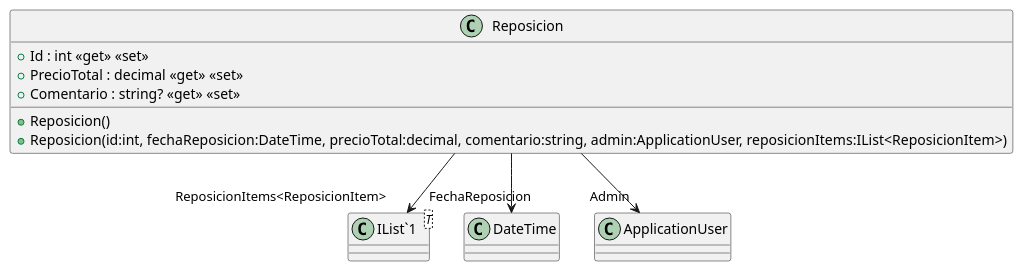
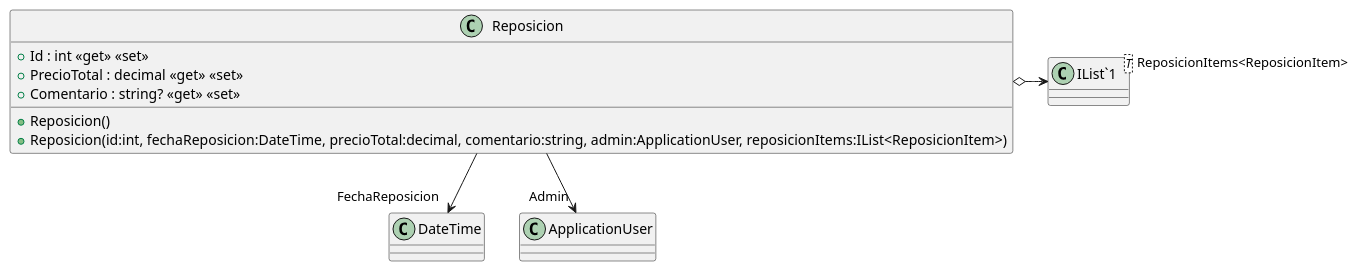
The diagram in src/AppForSEII.API/ClassDiagram/Reposicion.puml (ISII2627LosNenes/ISII2627LosNenes), drawn with PlantUML before and after one commit. The commit also changed 9 other files, not shown here.

First line of the commit message:
141 añado las clases al diagrama de clases (#145)

```diff
--- a/src/AppForSEII.API/ClassDiagram/Reposicion.puml
+++ b/src/AppForSEII.API/ClassDiagram/Reposicion.puml
@@ -1,14 +1,14 @@
 @startuml
 class Reposicion {
     + Reposicion()
     + Reposicion(id:int, fechaReposicion:DateTime, precioTotal:decimal, comentario:string, admin:ApplicationUser, reposicionItems:IList<ReposicionItem>)
     + Id : int <<get>> <<set>>
     + PrecioTotal : decimal <<get>> <<set>>
     + Comentario : string? <<get>> <<set>>
 }
 class "IList`1"<T> {
 }
 Reposicion --> "FechaReposicion" DateTime
-Reposicion --> "ReposicionItems<ReposicionItem>" "IList`1"
+Reposicion o-> "ReposicionItems<ReposicionItem>" "IList`1"
 Reposicion --> "Admin" ApplicationUser
 @enduml
```
